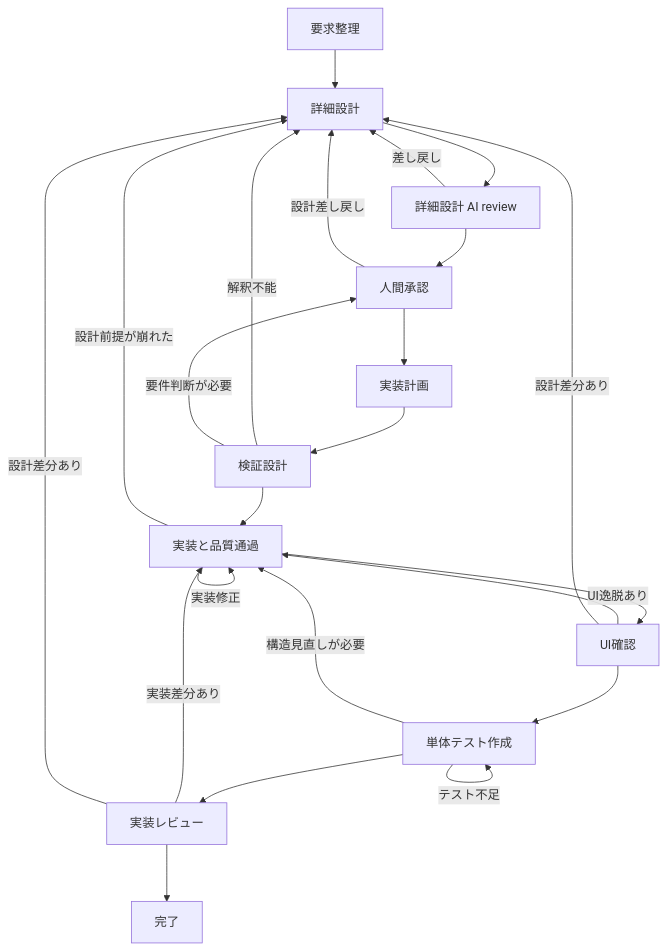
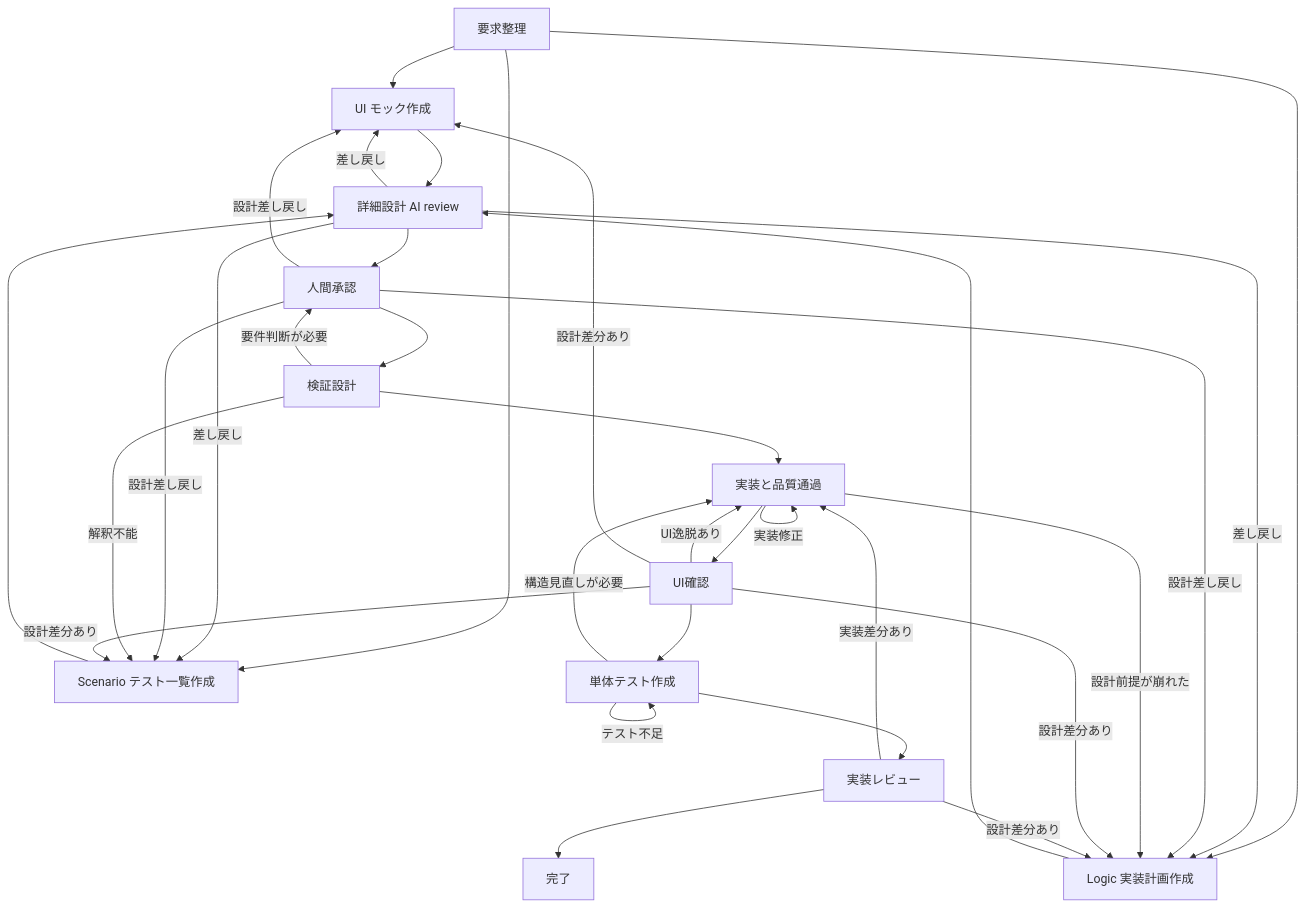
Before and after one commit to ishibata91/AITranslationEngineJP: the diagram in .codex/workflow.md, drawn with Mermaid. The commit also changed other lines of this file and 40 other files, not shown here.

````diff
--- a/.codex/workflow.md
+++ b/.codex/workflow.md
@@ -6,29 +6,39 @@
 ```mermaid
 flowchart TD
     A[要求整理]
-    B[詳細設計]
+    B1[UI モック作成]
+    B2[Scenario テスト一覧作成]
+    B3[Logic 実装計画作成]
     C[詳細設計 AI review]
     D[人間承認]
-    E[実装計画]
     F[検証設計]
     G[実装と品質通過]
     H[UI確認]
     I[単体テスト作成]
     J[実装レビュー]
     K[完了]
 
-    A --> B --> C --> D --> E --> F --> G --> H --> I --> J --> K
+    A --> B1 --> C
+    A --> B2 --> C
+    A --> B3 --> C
+    C --> D --> F --> G --> H --> I --> J --> K
 
-    C -- 差し戻し --> B
-    D -- 設計差し戻し --> B
-    F -- 解釈不能 --> B
+    C -- 差し戻し --> B1
+    C -- 差し戻し --> B2
+    C -- 差し戻し --> B3
+    D -- 設計差し戻し --> B1
+    D -- 設計差し戻し --> B2
+    D -- 設計差し戻し --> B3
+    F -- 解釈不能 --> B2
     F -- 要件判断が必要 --> D
     G -- 実装修正 --> G
-    G -- 設計前提が崩れた --> B
+    G -- 設計前提が崩れた --> B3
     H -- UI逸脱あり --> G
-    H -- 設計差分あり --> B
+    H -- 設計差分あり --> B1
+    H -- 設計差分あり --> B2
+    H -- 設計差分あり --> B3
     I -- テスト不足 --> I
     I -- 構造見直しが必要 --> G
     J -- 実装差分あり --> G
-    J -- 設計差分あり --> B
+    J -- 設計差分あり --> B3
 ```
````
